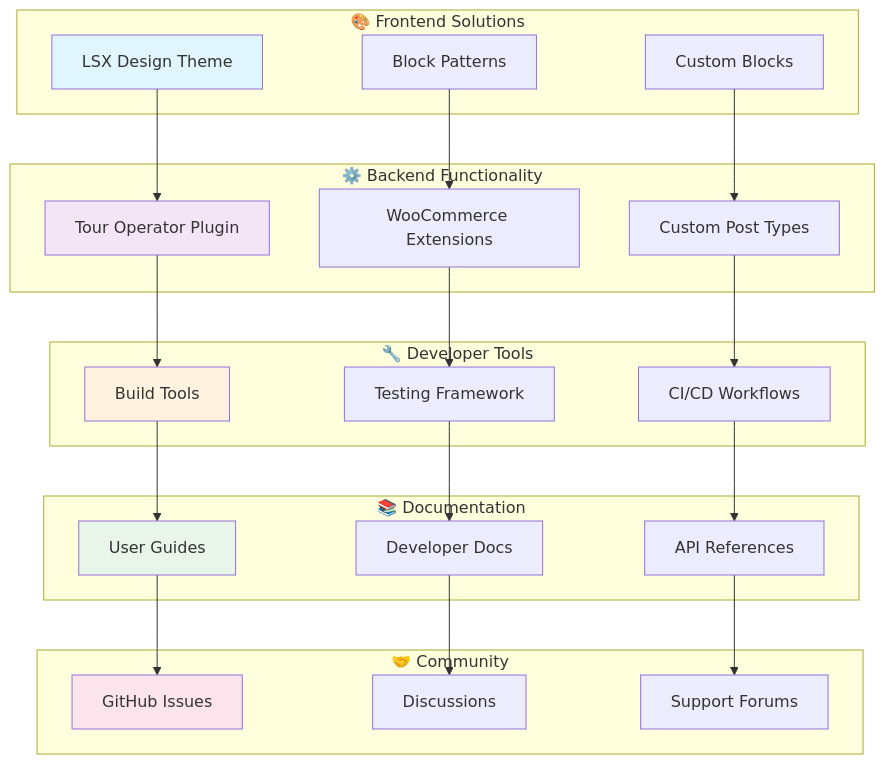
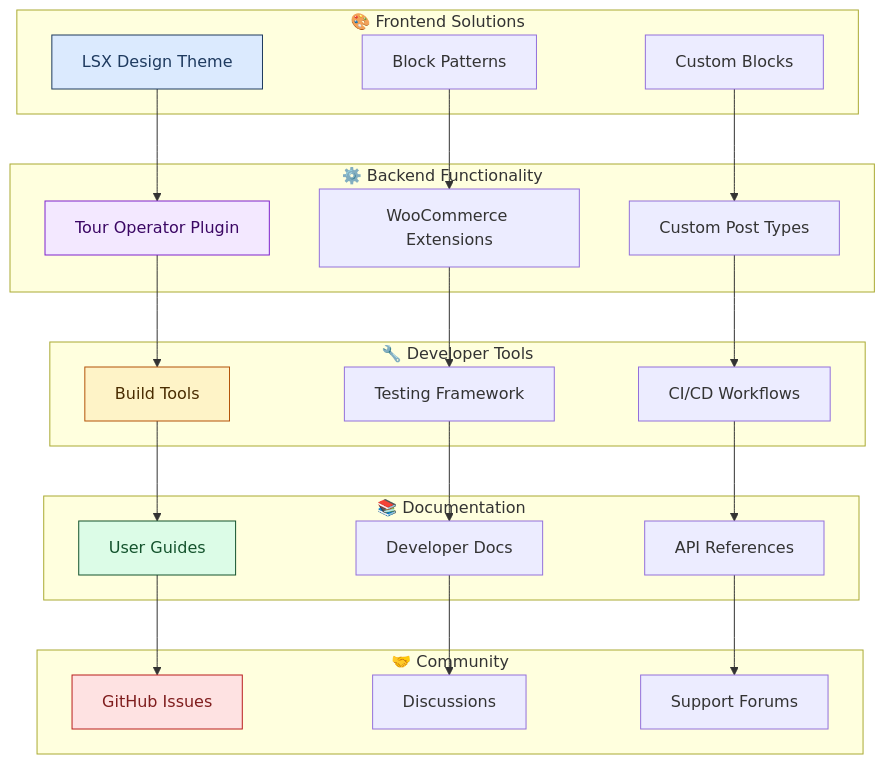
One commit to lightspeedwp/.github changed the third of 4 diagrams in profile/README.md. Above: the diagram before and after it, drawn with Mermaid. The commit also changed other lines of this file and 16 other files, not shown here.

First line of the commit message:
docs(mermaid): repository-wide diagram colour sweep and content refresh (#982)

````diff
--- a/profile/README.md
+++ b/profile/README.md
@@ -147,56 +151,58 @@
 ```mermaid
-graph TB
-accTitle: "LightSpeed project architecture and ecosystem"
-accDescr: "Comprehensive architecture showing frontend solutions with LSX Design and custom blocks, backend functionality including Tour Operator plugin and WooCommerce extensions, developer tools with CI/CD workflows, documentation and community support forums."
+---
+accTitle: LightSpeed project architecture and ecosystem
+accDescr: Comprehensive architecture showing frontend solutions with LSX Design and custom blocks, backend functionality including Tour Operator plugin and WooCommerce extensions, developer tools with CI/CD workflows, documentation and community support forums.
+---
+flowchart TD
     subgraph "🎨 Frontend Solutions"
         A[LSX Design Theme]
         B[Block Patterns]
         C[Custom Blocks]
     end
 
     subgraph "⚙️ Backend Functionality"
         D[Tour Operator Plugin]
         E[WooCommerce Extensions]
         F[Custom Post Types]
     end
 
     subgraph "🔧 Developer Tools"
         G[Build Tools]
         H[Testing Framework]
         I[CI/CD Workflows]
     end
 
     subgraph "📚 Documentation"
         J[User Guides]
         K[Developer Docs]
         L[API References]
     end
 
     subgraph "🤝 Community"
         M[GitHub Issues]
         N[Discussions]
         O[Support Forums]
     end
 
     A --> D
     B --> E
     C --> F
 
     D --> G
     E --> H
     F --> I
 
     G --> J
     H --> K
     I --> L
 
     J --> M
     K --> N
     L --> O
 
-    style A fill:#e1f5fe
-    style D fill:#f3e5f5
-    style G fill:#fff3e0
-    style J fill:#e8f5e8
-    style M fill:#fce4ec
+    style A fill:#dbeafe,color:#1e3a5f,stroke:#1e3a5f
+    style D fill:#f3e8ff,color:#3b0764,stroke:#7e22ce
+    style G fill:#fef3c7,color:#4a2c00,stroke:#b45309
+    style J fill:#dcfce7,color:#14532d,stroke:#14532d
+    style M fill:#fee2e2,color:#7f1d1d,stroke:#b91c1c
 ```
````
